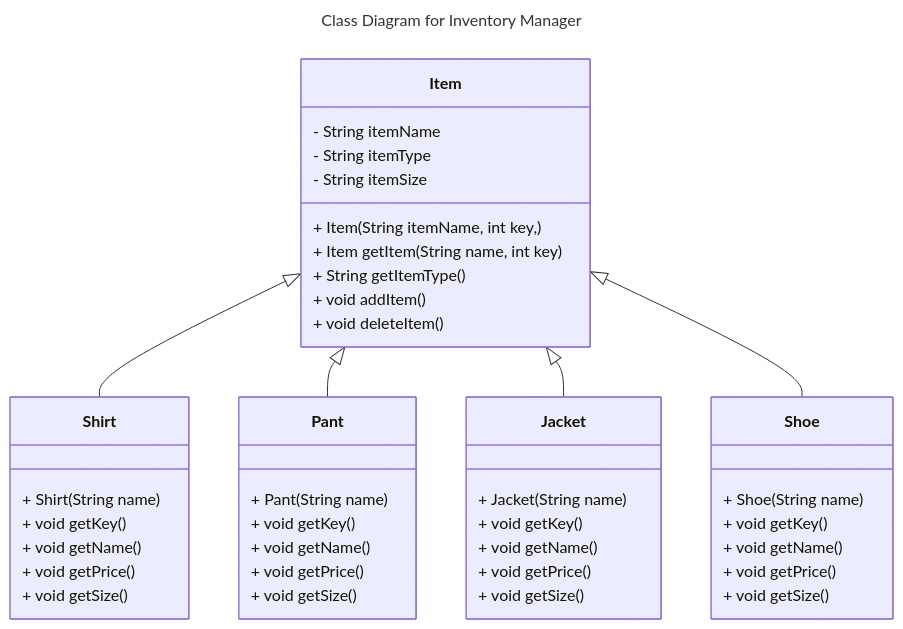
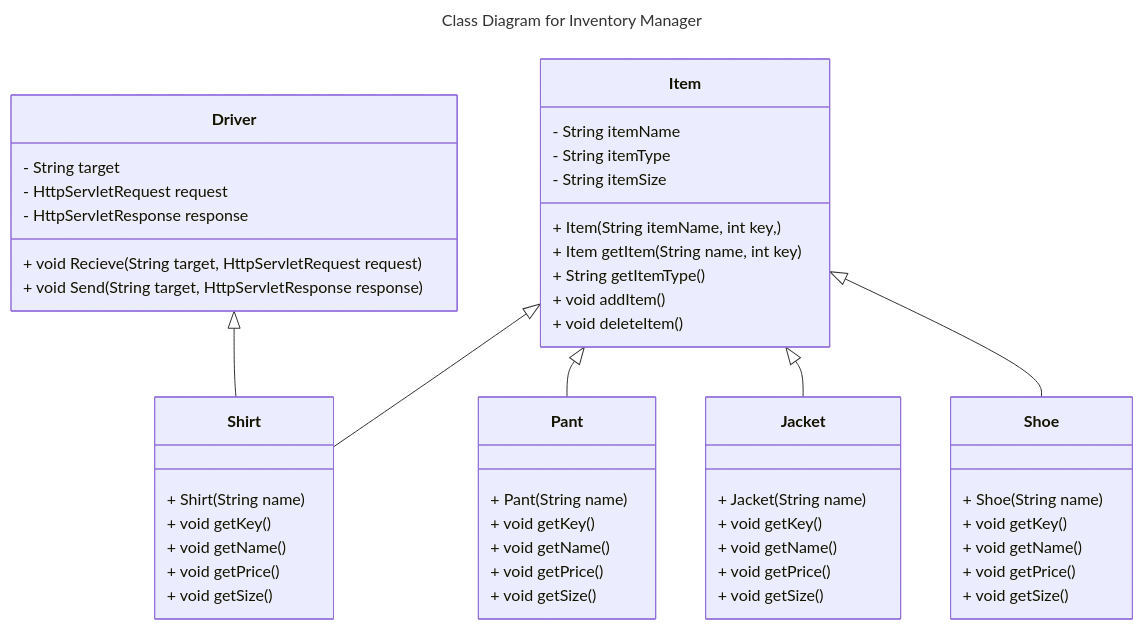
The third of 6 diagrams in requirements_specifications_template.md (vincent-li-1/StockSync), drawn with Mermaid before and after one commit.

Commit message:
Update requirements_specifications_template.md modified class diagram

````diff
--- a/requirements_specifications_template.md
+++ b/requirements_specifications_template.md
@@ -156,48 +156,56 @@
 ```mermaid
 ---
 title: Class Diagram for Inventory Manager
 ---
 classDiagram
+    class Driver {
+        - String target
+        - HttpServletRequest request
+        - HttpServletResponse response
+        + void Recieve(String target, HttpServletRequest request)
+        + void Send(String target, HttpServletResponse response)
+    }
     class Item {
         - String itemName
         - String itemType
         - String itemSize
         + Item(String itemName, int key, )
         + Item getItem(String name, int key)
         + String getItemType()
         + void addItem()
         + void deleteItem()
     }
     class Shirt {
         + Shirt(String name)
         + void getKey()
         + void getName()
         + void getPrice()
         + void getSize()
     }
     class Pant {
         + Pant(String name)
         + void getKey()
         + void getName()
         + void getPrice()
         + void getSize()
     }
     class Jacket {
         + Jacket(String name)
         + void getKey()
         + void getName()
         + void getPrice()
         + void getSize()
     }
     class Shoe {
         + Shoe(String name)
         + void getKey()
         + void getName()
         + void getPrice()
         + void getSize()
     }
+    Driver <|-- Shirt
     Item <|-- Shirt
     Item <|-- Pant
     Item <|-- Jacket
     Item <|-- Shoe
 ```
````
